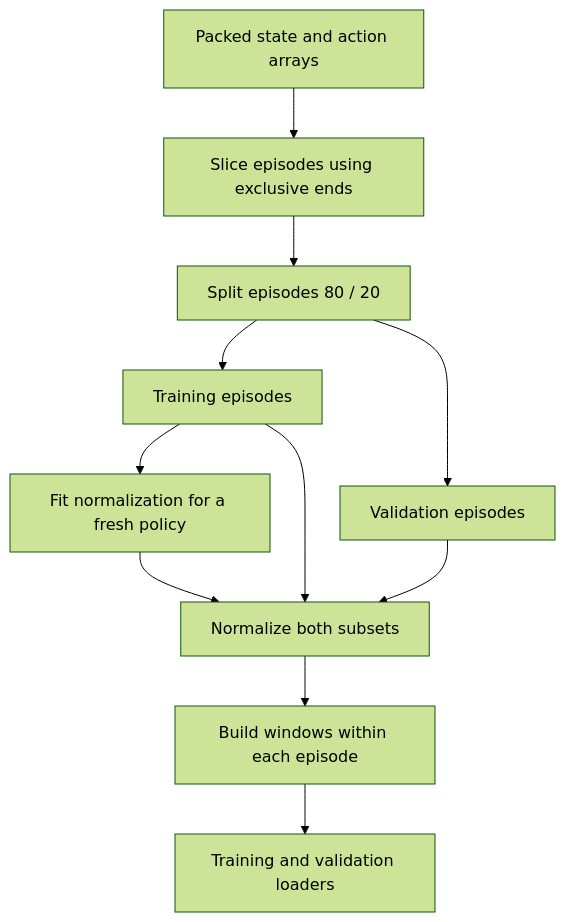
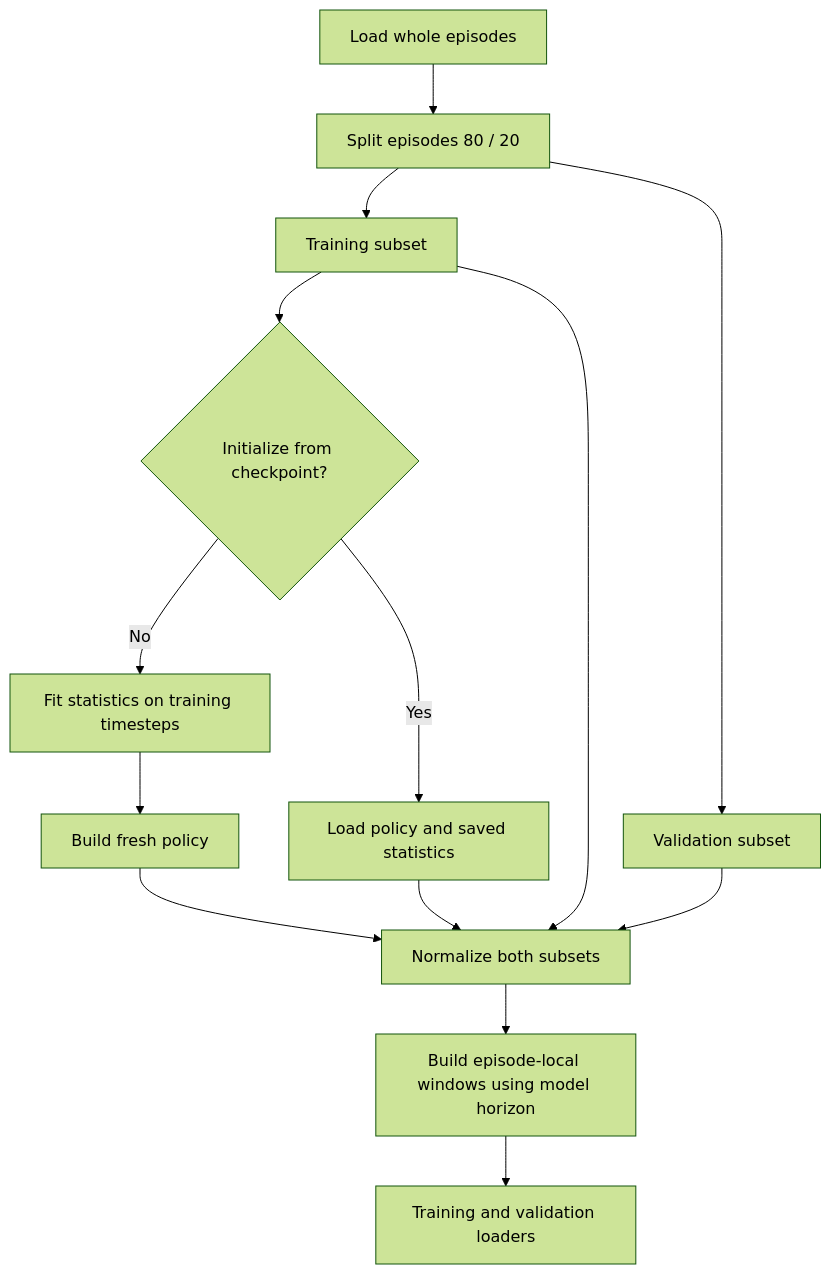
Before and after one commit to 00arun00/cs285_deep_rl_berkley: the diagram in docs/hw1/concepts/data-pipeline.md, drawn with Mermaid (forest theme). The commit also changed other lines of this file and 3 other files, not shown here.

Commit message:
docs: clarify data, training, evaluation and policy diagrams

````diff
--- a/docs/hw1/concepts/data-pipeline.md
+++ b/docs/hw1/concepts/data-pipeline.md
@@ -5,13 +5,16 @@
 ```mermaid
 flowchart TD
-    A[Packed state and action arrays] --> B[Slice episodes using exclusive ends]
-    B --> C[Split episodes 80 / 20]
-    C --> D[Training episodes]
-    C --> E[Validation episodes]
-    D --> F[Fit normalization for a fresh policy]
-    F --> G[Normalize both subsets]
-    E --> G
-    D --> G
-    G --> H[Build windows within each episode]
-    H --> I[Training and validation loaders]
+    A[Load whole episodes] --> B[Split episodes 80 / 20]
+    B --> C[Training subset]
+    B --> D[Validation subset]
+    C --> E{Initialize from checkpoint?}
+    E -->|No| F[Fit statistics on training timesteps]
+    E -->|Yes| G[Load policy and saved statistics]
+    F --> H[Build fresh policy]
+    H --> I[Normalize both subsets]
+    G --> I
+    C --> I
+    D --> I
+    I --> J[Build episode-local windows using model horizon]
+    J --> K[Training and validation loaders]
 ```
````
